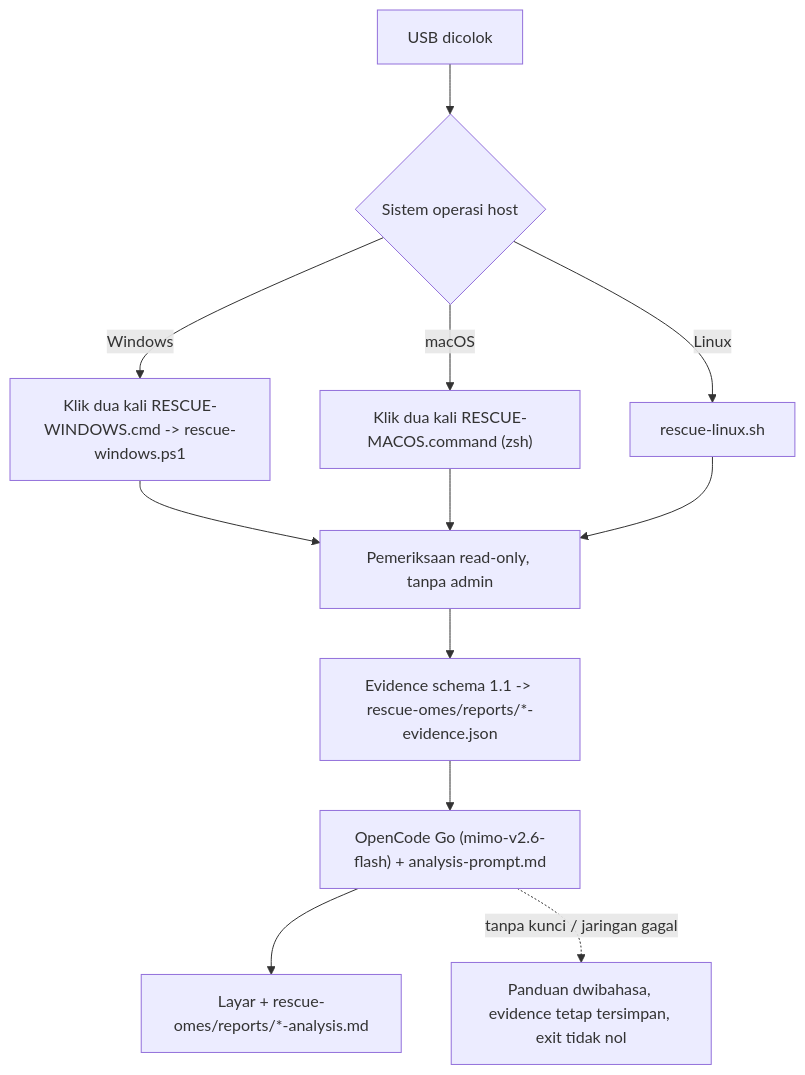
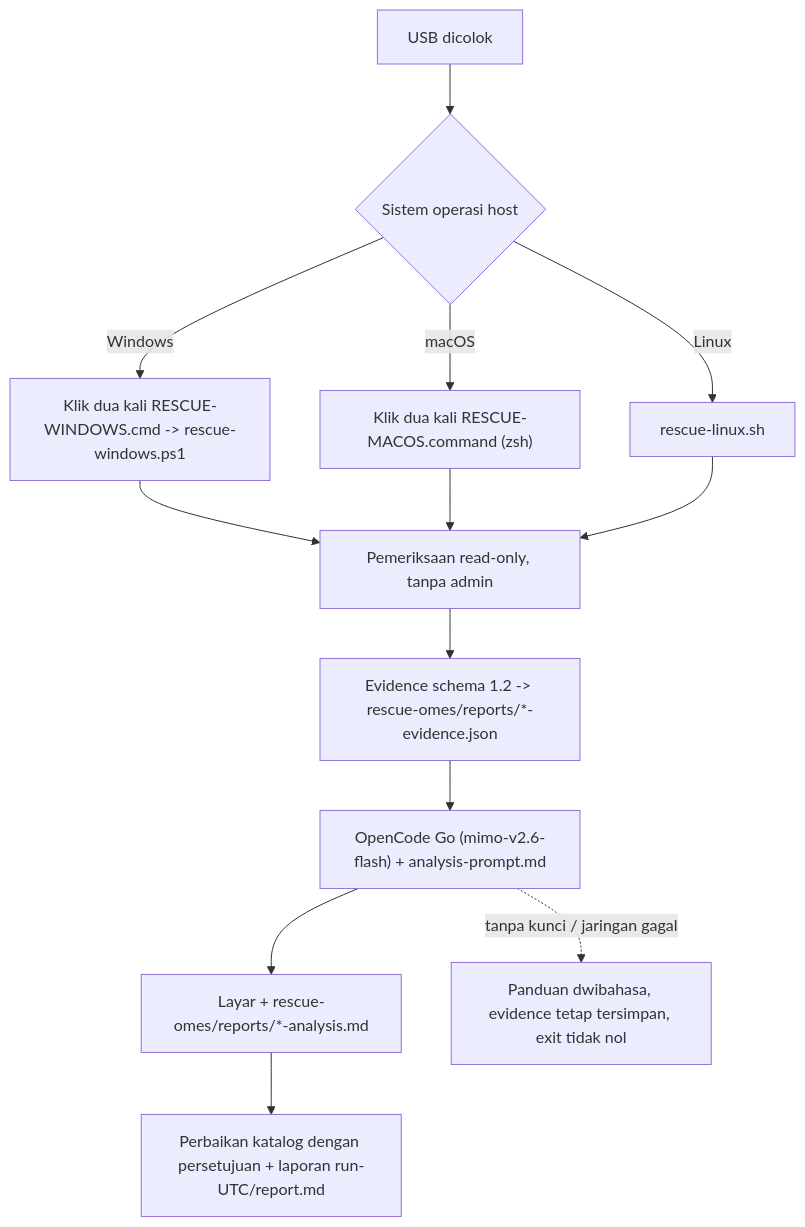
Before and after one commit to ahliweb/linux-mint-xfce-rescue-ai: the diagram in docs/host-launchers.md, drawn with Mermaid. The commit also changed other lines of this file and 7 other files, not shown here.

First line of the commit message:
docs: correct stale feature docs (schema 1.2, native host repairs, target mount provider, state files)

````diff
--- a/docs/host-launchers.md
+++ b/docs/host-launchers.md
@@ -19,14 +20,15 @@
 ```mermaid
 flowchart TD
     U[USB dicolok] --> D{Sistem operasi host}
     D -->|Windows| W["Klik dua kali RESCUE-WINDOWS.cmd -> rescue-windows.ps1"]
     D -->|macOS| M["Klik dua kali RESCUE-MACOS.command (zsh)"]
     D -->|Linux| L["rescue-linux.sh"]
     W --> C[Pemeriksaan read-only, tanpa admin]
     M --> C
     L --> C
-    C --> E["Evidence schema 1.1 -> rescue-omes/reports/*-evidence.json"]
+    C --> E["Evidence schema 1.2 -> rescue-omes/reports/*-evidence.json"]
     E --> A["OpenCode Go (mimo-v2.6-flash) + analysis-prompt.md"]
     A --> R["Layar + rescue-omes/reports/*-analysis.md"]
+    R --> X["Perbaikan katalog dengan persetujuan + laporan run-UTC/report.md"]
     A -. tanpa kunci / jaringan gagal .-> G[Panduan dwibahasa, evidence tetap tersimpan, exit tidak nol]
 ```
````
